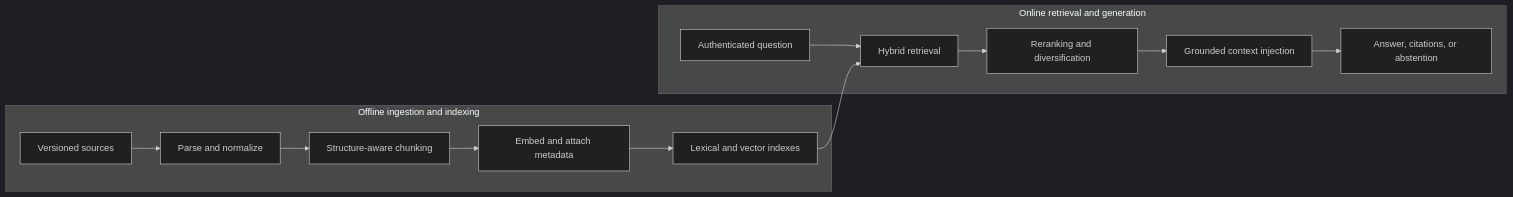
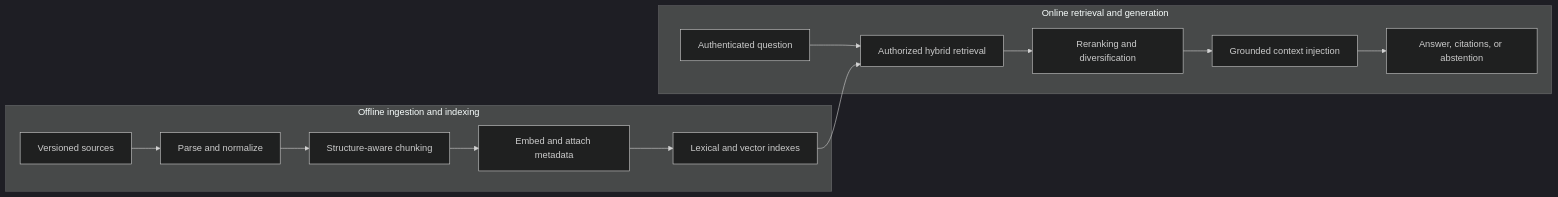
The second of 4 diagrams in content/aiml/02-rag-architecture.md (Prem-Duvvapu/cs-fundamentals-with-ui), drawn with Mermaid (dark theme) before and after one commit. The commit also changed other lines of this file and 51 other files, not shown here.

````diff
--- a/content/aiml/02-rag-architecture.md
+++ b/content/aiml/02-rag-architecture.md
@@ -96,16 +96,16 @@
 ```mermaid
 flowchart LR
     subgraph Build["Offline ingestion and indexing"]
         S["Versioned sources"] --> P["Parse and normalize"]
         P --> C["Structure-aware chunking"]
         C --> E["Embed and attach metadata"]
         E --> I["Lexical and vector indexes"]
     end
     subgraph Answer["Online retrieval and generation"]
-        Q["Authenticated question"] --> R["Hybrid retrieval"]
+        Q["Authenticated question"] --> R["Authorized hybrid retrieval"]
         R --> X["Reranking and diversification"]
         X --> G["Grounded context injection"]
         G --> A["Answer, citations, or abstention"]
     end
     I --> R
 ```
````
